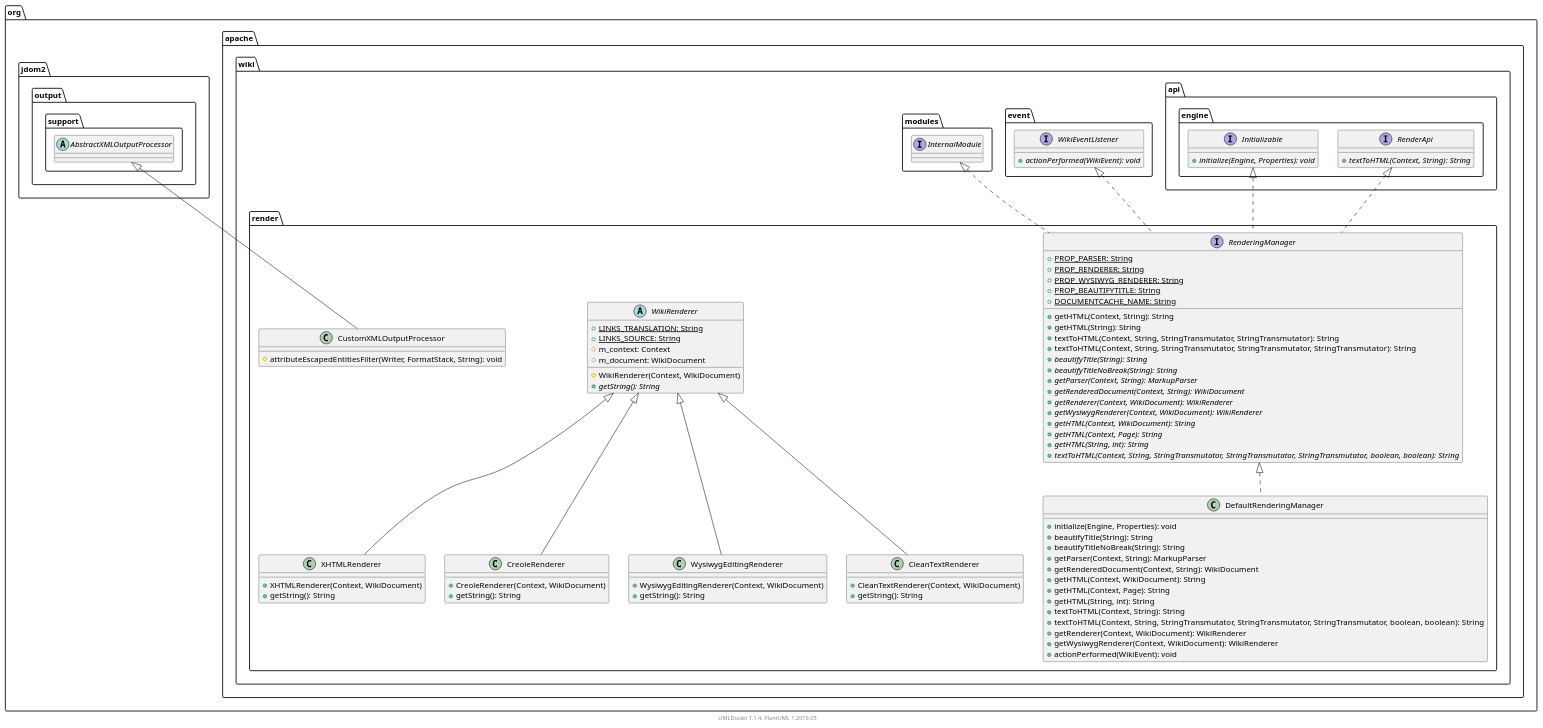
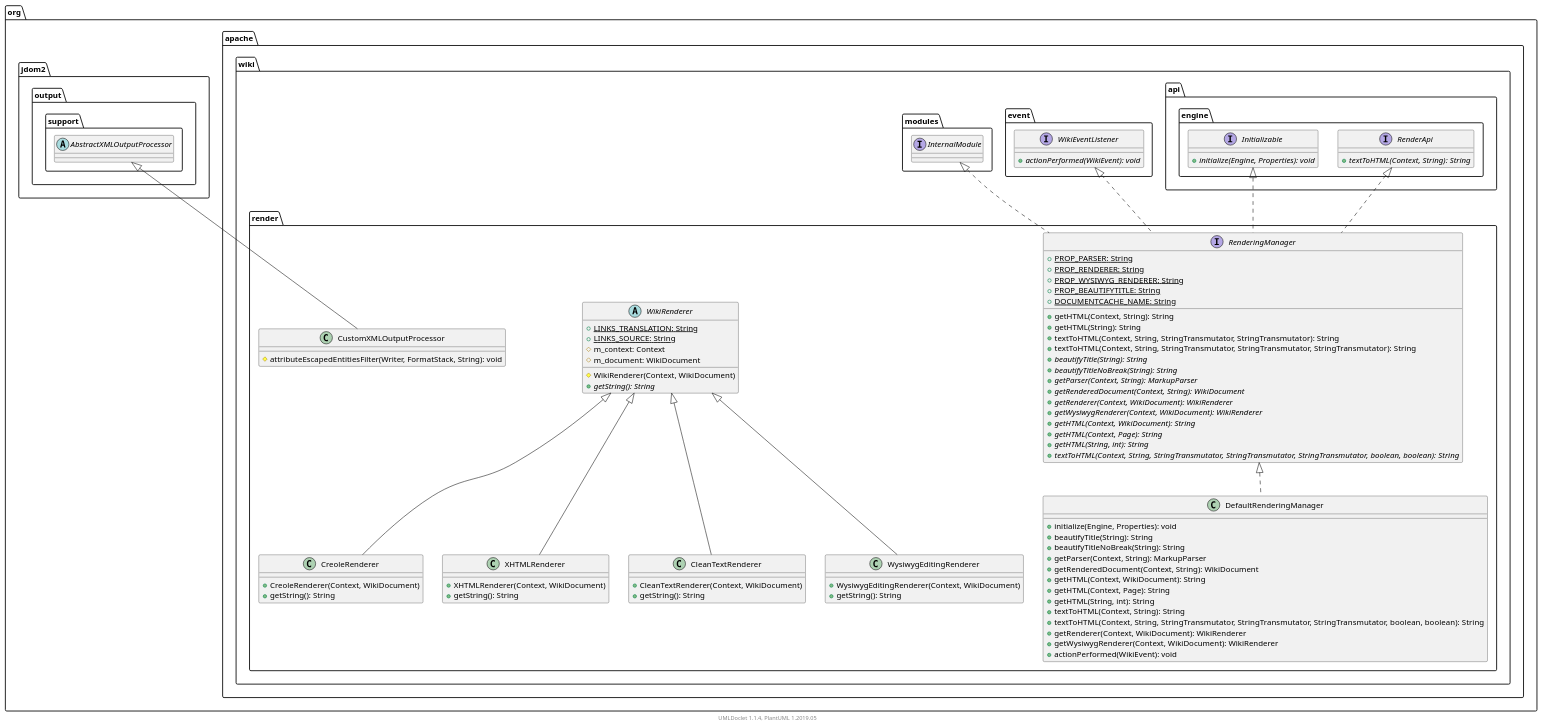
One commit to apache/jspwiki-site changed the diagram in apidocs/2.11.0.M8-SNAPSHOT/org/apache/wiki/render/package.puml. Above: the diagram before and after it, drawn with PlantUML. The commit also changed other lines of this file and 1878 other files, not shown here.

```diff
--- a/apidocs/2.11.0.M8-SNAPSHOT/org/apache/wiki/render/package.puml
+++ b/apidocs/2.11.0.M8-SNAPSHOT/org/apache/wiki/render/package.puml
@@ -1,111 +1,111 @@
 @startuml
 
     namespace org.apache.wiki.render {
 
-        class CustomXMLOutputProcessor [[CustomXMLOutputProcessor.html]] {
-            #attributeEscapedEntitiesFilter(Writer, FormatStack, String): void
-        }
-
-        class XHTMLRenderer [[XHTMLRenderer.html]] {
-            +XHTMLRenderer(Context, WikiDocument)
+        class CreoleRenderer [[CreoleRenderer.html]] {
+            +CreoleRenderer(Context, WikiDocument)
             +getString(): String
-        }
-
-        abstract class WikiRenderer [[WikiRenderer.html]] {
-            {static} +LINKS_TRANSLATION: String
-            {static} +LINKS_SOURCE: String
-            #m_context: Context
-            #m_document: WikiDocument
-            #WikiRenderer(Context, WikiDocument)
-            {abstract} +getString(): String
-        }
-
-        class DefaultRenderingManager [[DefaultRenderingManager.html]] {
-            +initialize(Engine, Properties): void
-            +beautifyTitle(String): String
-            +beautifyTitleNoBreak(String): String
-            +getParser(Context, String): MarkupParser
-            +getRenderedDocument(Context, String): WikiDocument
-            +getHTML(Context, WikiDocument): String
-            +getHTML(Context, Page): String
-            +getHTML(String, int): String
-            +textToHTML(Context, String): String
-            +textToHTML(Context, String, StringTransmutator, StringTransmutator, StringTransmutator, boolean, boolean): String
-            +getRenderer(Context, WikiDocument): WikiRenderer
-            +getWysiwygRenderer(Context, WikiDocument): WikiRenderer
-            +actionPerformed(WikiEvent): void
         }
 
         interface RenderingManager [[RenderingManager.html]] {
             {static} +PROP_PARSER: String
             {static} +PROP_RENDERER: String
             {static} +PROP_WYSIWYG_RENDERER: String
             {static} +PROP_BEAUTIFYTITLE: String
             {static} +DOCUMENTCACHE_NAME: String
             +getHTML(Context, String): String
             +getHTML(String): String
             +textToHTML(Context, String, StringTransmutator, StringTransmutator): String
             +textToHTML(Context, String, StringTransmutator, StringTransmutator, StringTransmutator): String
             {abstract} +beautifyTitle(String): String
             {abstract} +beautifyTitleNoBreak(String): String
             {abstract} +getParser(Context, String): MarkupParser
             {abstract} +getRenderedDocument(Context, String): WikiDocument
             {abstract} +getRenderer(Context, WikiDocument): WikiRenderer
             {abstract} +getWysiwygRenderer(Context, WikiDocument): WikiRenderer
             {abstract} +getHTML(Context, WikiDocument): String
             {abstract} +getHTML(Context, Page): String
             {abstract} +getHTML(String, int): String
             {abstract} +textToHTML(Context, String, StringTransmutator, StringTransmutator, StringTransmutator, boolean, boolean): String
         }
 
-        class CreoleRenderer [[CreoleRenderer.html]] {
-            +CreoleRenderer(Context, WikiDocument)
+        class XHTMLRenderer [[XHTMLRenderer.html]] {
+            +XHTMLRenderer(Context, WikiDocument)
+            +getString(): String
+        }
+
+        abstract class WikiRenderer [[WikiRenderer.html]] {
+            {static} +LINKS_TRANSLATION: String
+            {static} +LINKS_SOURCE: String
+            #m_context: Context
+            #m_document: WikiDocument
+            #WikiRenderer(Context, WikiDocument)
+            {abstract} +getString(): String
+        }
+
+        class CleanTextRenderer [[CleanTextRenderer.html]] {
+            +CleanTextRenderer(Context, WikiDocument)
             +getString(): String
         }
 
         class WysiwygEditingRenderer [[WysiwygEditingRenderer.html]] {
             +WysiwygEditingRenderer(Context, WikiDocument)
             +getString(): String
         }
 
-        class CleanTextRenderer [[CleanTextRenderer.html]] {
-            +CleanTextRenderer(Context, WikiDocument)
-            +getString(): String
+        class CustomXMLOutputProcessor [[CustomXMLOutputProcessor.html]] {
+            #attributeEscapedEntitiesFilter(Writer, FormatStack, String): void
         }
 
-        abstract class org.jdom2.output.support.AbstractXMLOutputProcessor
-        org.jdom2.output.support.AbstractXMLOutputProcessor <|-- CustomXMLOutputProcessor
+        class DefaultRenderingManager [[DefaultRenderingManager.html]] {
+            +initialize(Engine, Properties): void
+            +beautifyTitle(String): String
+            +beautifyTitleNoBreak(String): String
+            +getParser(Context, String): MarkupParser
+            +getRenderedDocument(Context, String): WikiDocument
+            +getHTML(Context, WikiDocument): String
+            +getHTML(Context, Page): String
+            +getHTML(String, int): String
+            +textToHTML(Context, String): String
+            +textToHTML(Context, String, StringTransmutator, StringTransmutator, StringTransmutator, boolean, boolean): String
+            +getRenderer(Context, WikiDocument): WikiRenderer
+            +getWysiwygRenderer(Context, WikiDocument): WikiRenderer
+            +actionPerformed(WikiEvent): void
+        }
 
-        WikiRenderer <|-- XHTMLRenderer
-
-        RenderingManager <|.. DefaultRenderingManager
+        WikiRenderer <|-- CreoleRenderer
 
         interface org.apache.wiki.api.engine.RenderApi {
             {abstract} +textToHTML(Context, String): String
         }
         org.apache.wiki.api.engine.RenderApi <|.. RenderingManager
 
         interface org.apache.wiki.event.WikiEventListener {
             {abstract} +actionPerformed(WikiEvent): void
         }
         org.apache.wiki.event.WikiEventListener <|.. RenderingManager
 
         interface org.apache.wiki.modules.InternalModule
         org.apache.wiki.modules.InternalModule <|.. RenderingManager
 
         interface org.apache.wiki.api.engine.Initializable {
             {abstract} +initialize(Engine, Properties): void
         }
         org.apache.wiki.api.engine.Initializable <|.. RenderingManager
 
-        WikiRenderer <|-- CreoleRenderer
+        WikiRenderer <|-- XHTMLRenderer
+
+        WikiRenderer <|-- CleanTextRenderer
 
         WikiRenderer <|-- WysiwygEditingRenderer
 
-        WikiRenderer <|-- CleanTextRenderer
+        abstract class org.jdom2.output.support.AbstractXMLOutputProcessor
+        org.jdom2.output.support.AbstractXMLOutputProcessor <|-- CustomXMLOutputProcessor
+
+        RenderingManager <|.. DefaultRenderingManager
 
     }
 
 
     center footer UMLDoclet 1.1.4, PlantUML 1.2019.05
 @enduml
```
